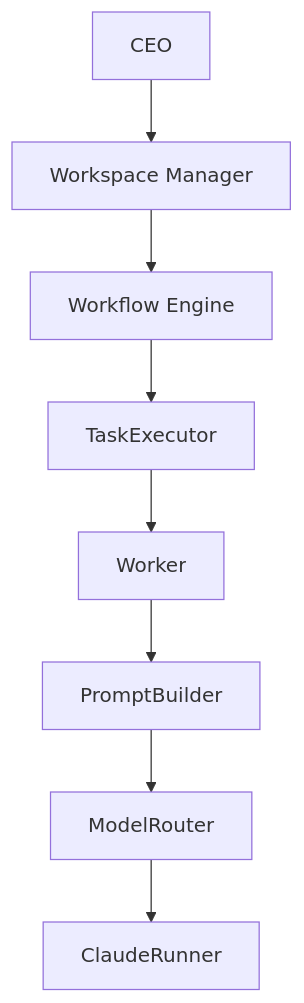
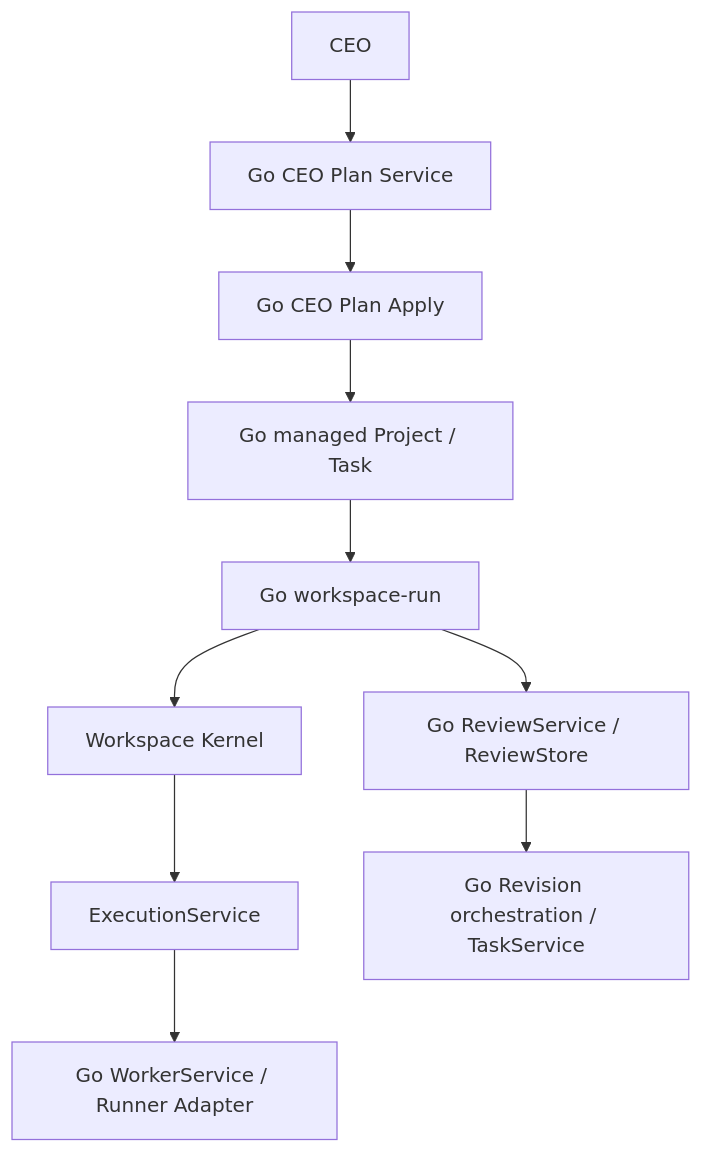
One commit to AkiraShimizu0/WorkCairn changed the diagram in README.md. Above: the diagram before and after it, drawn with Mermaid. The commit also changed other lines of this file and 217 other files, not shown here.

````diff
--- a/README.md
+++ b/README.md
@@ -25,10 +26,12 @@
 ```mermaid
 flowchart TD
-    CEO["CEO"] --> Manager["Workspace Manager"]
-    Manager --> Workflow["Workflow Engine"]
-    Workflow --> Executor["TaskExecutor"]
-    Executor --> Worker["Worker"]
-    Worker --> Prompt["PromptBuilder"]
-    Prompt --> Router["ModelRouter"]
-    Router --> Claude["ClaudeRunner"]
+    CEO["CEO"] --> CEOPlan["Go CEO Plan Service"]
+    CEOPlan --> CEOApply["Go CEO Plan Apply"]
+    CEOApply --> Workflow["Go managed Project / Task"]
+    Workflow --> Run["Go workspace-run"]
+    Run --> Kernel["Workspace Kernel"]
+    Kernel --> Execution["ExecutionService"]
+    Execution --> Worker["Go WorkerService / Runner Adapter"]
+    Run --> Review["Go ReviewService / ReviewStore"]
+    Review --> Revision["Go Revision orchestration / TaskService"]
 ```
````
